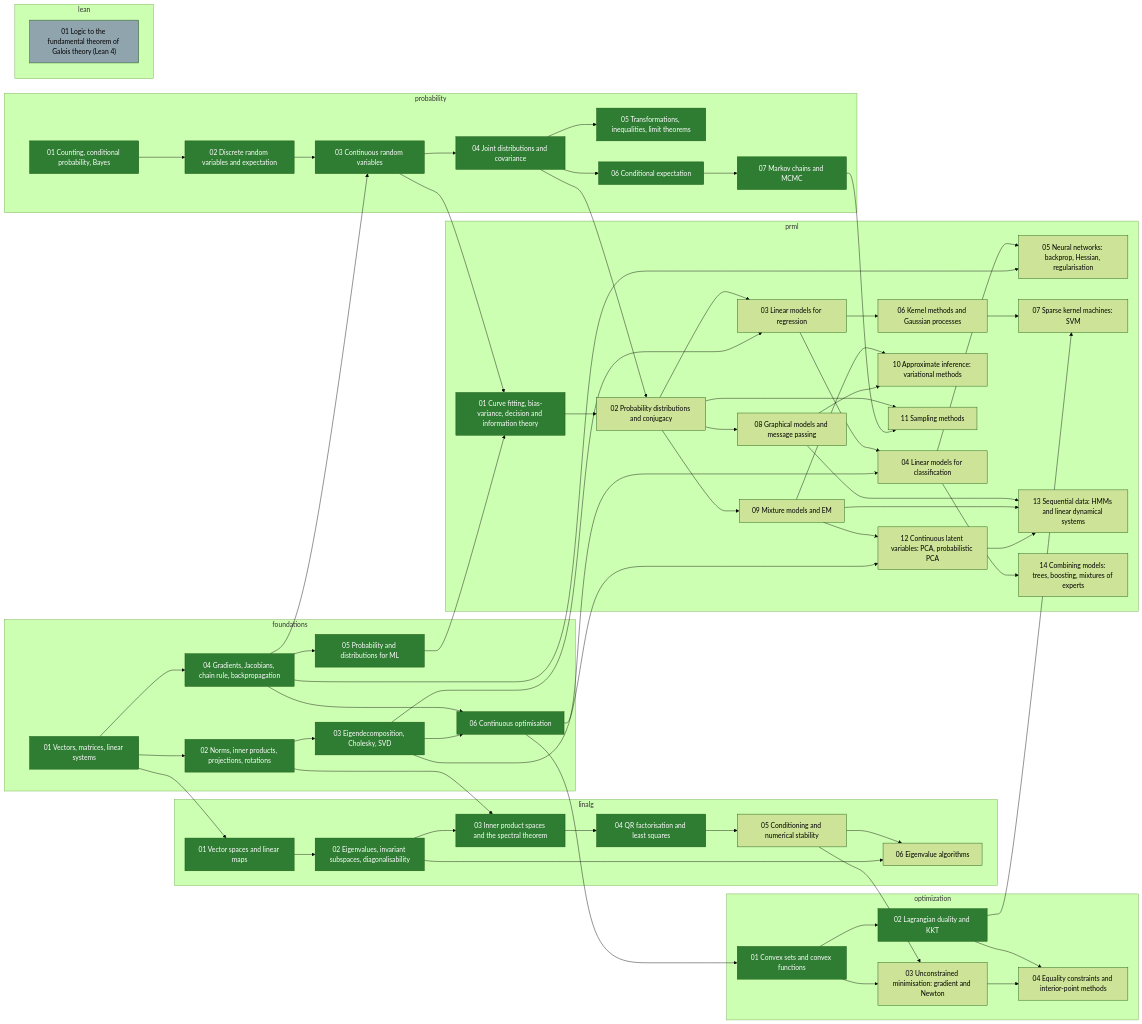
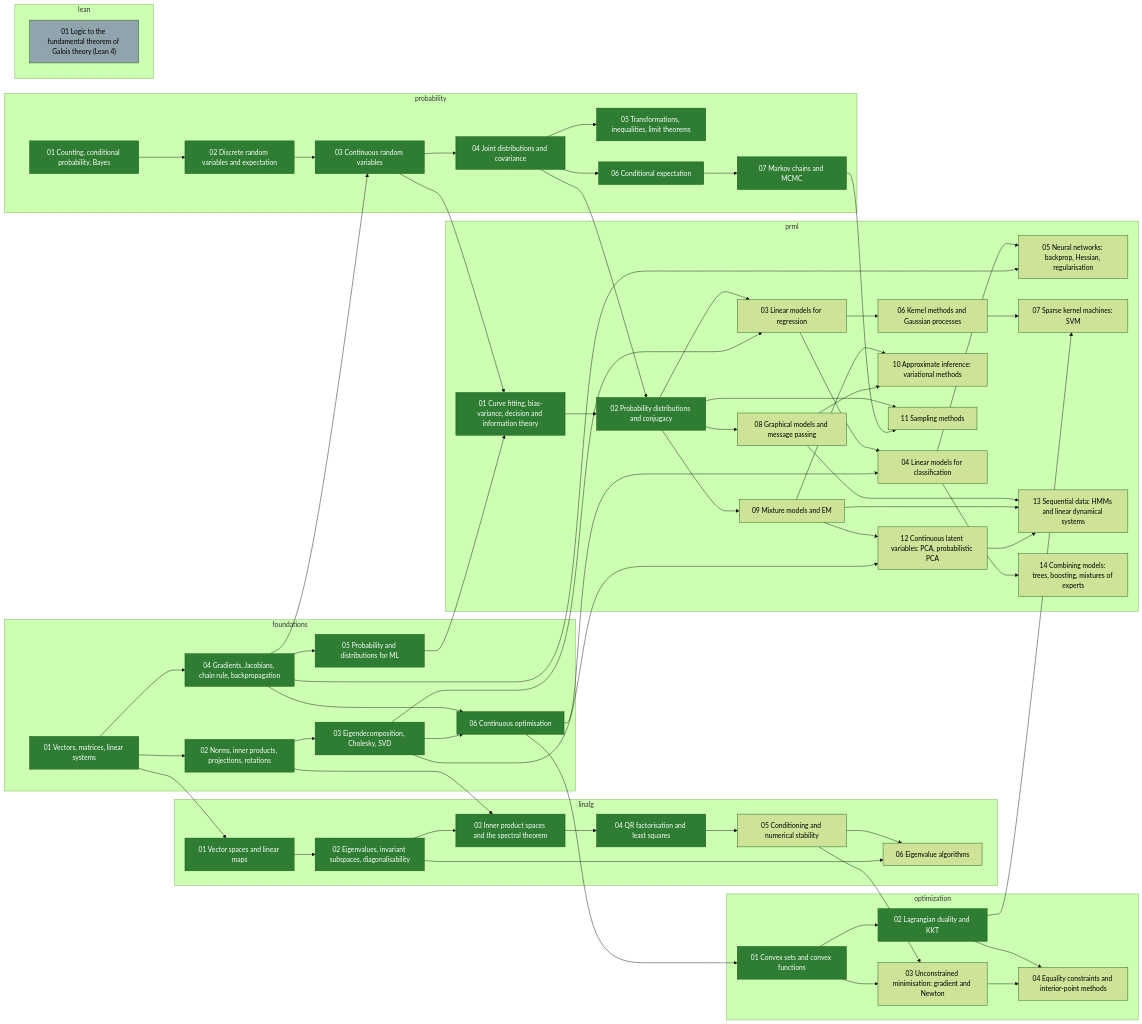
The diagram in skill-tree/README.md (alektebel/learn-stuff-from-scratch), drawn with Mermaid (forest theme) before and after one commit. The commit also changed other lines of this file and 8 other files, not shown here.

First line of the commit message:
math: build prml-02-distributions

```diff
--- a/skill-tree/README.md
+++ b/skill-tree/README.md
@@ -102,7 +102,7 @@
   end
   subgraph prml
     prml-01-introduction["01 Curve fitting, bias-variance, decision and information theory"]:::done
-    prml-02-distributions["02 Probability distributions and conjugacy"]
+    prml-02-distributions["02 Probability distributions and conjugacy"]:::done
     prml-03-linear-regression["03 Linear models for regression"]
     prml-04-linear-classification["04 Linear models for classification"]
     prml-05-neural-networks["05 Neural networks: backprop, Hessian, regularisation"]
```
